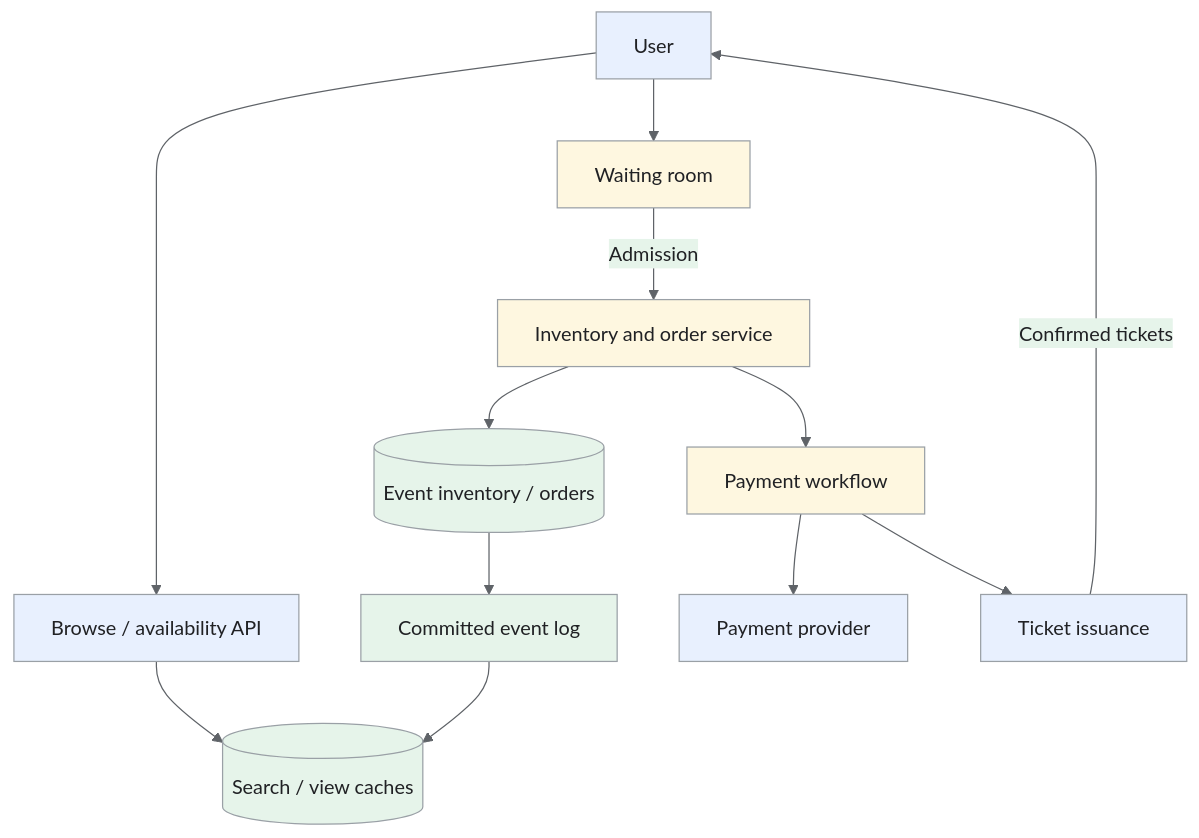
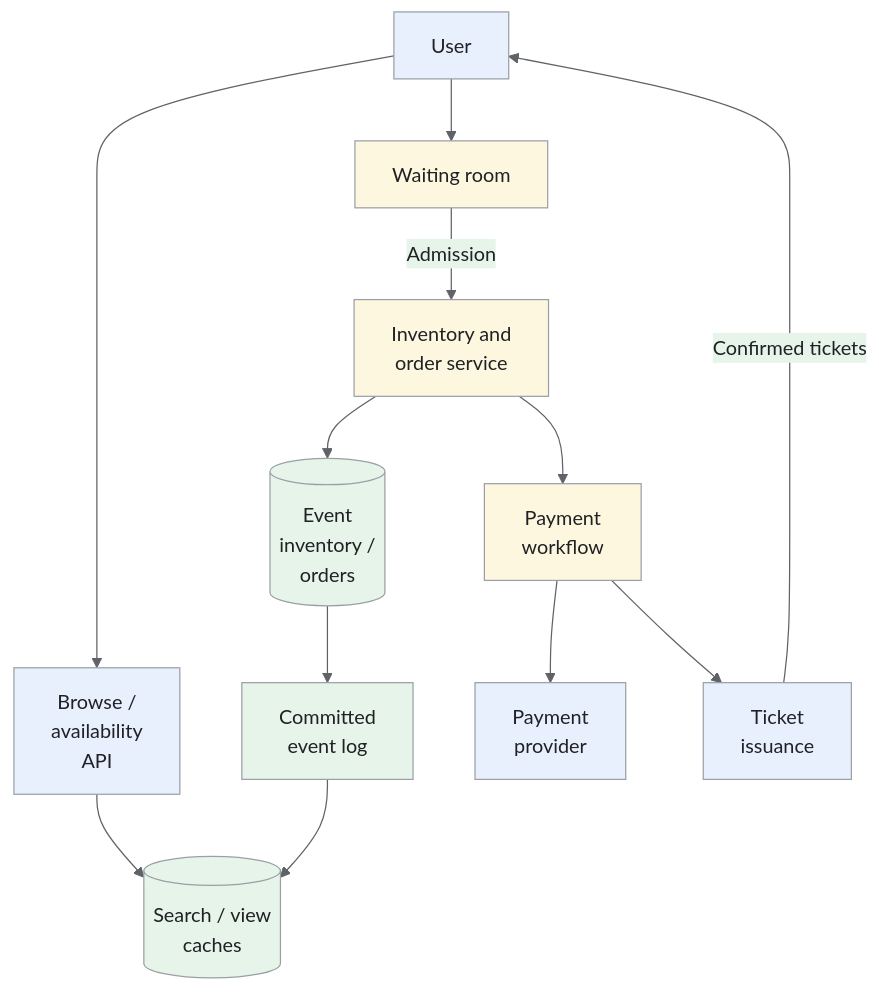
One commit to iliazlobin/iliazlobin.github.io changed the first of 5 diagrams in _designs/system-design-ticketmaster.md. Above: the diagram before and after it, drawn with Mermaid. The commit also changed other lines of this file and 116 other files, not shown here.

````diff
--- a/_designs/system-design-ticketmaster.md
+++ b/_designs/system-design-ticketmaster.md
@@ -169,22 +169,22 @@
 ```mermaid
-%%{init: {'theme':'base','themeVariables':{'primaryColor':'#e8f0fe','primaryTextColor':'#202124','primaryBorderColor':'#9aa0a6','lineColor':'#5f6368','secondaryColor':'#e6f4ea','tertiaryColor':'#fef7e0','actorBkg':'#e8f0fe','actorBorder':'#9aa0a6','actorTextColor':'#202124','noteBkgColor':'#fef7e0','noteTextColor':'#202124','noteBorderColor':'#9aa0a6','signalColor':'#5f6368','signalTextColor':'#202124','labelBoxBkgColor':'#fef7e0','labelBoxBorderColor':'#9aa0a6'}}}%%
+%%{init: {"theme":"base","themeVariables":{"primaryColor":"#e8f0fe","primaryBorderColor":"#9aa0a6","primaryTextColor":"#202124","secondaryColor":"#e6f4ea","tertiaryColor":"#fef7e0","lineColor":"#5f6368","actorBkg":"#e8f0fe","actorBorder":"#9aa0a6","actorTextColor":"#202124","noteBkgColor":"#fef7e0","noteBorderColor":"#9aa0a6","noteTextColor":"#202124","signalColor":"#5f6368","signalTextColor":"#202124"}}}%%
 flowchart TB
-  U[User] --> B[Browse / availability API]
+  U[User] --> B["Browse /<br>availability<br>API"]
   U --> W[Waiting room]
-  B --> C[(Search / view caches)]
-  W -->|Admission| I[Inventory and order service]
-  I --> DB[(Event inventory / orders)]
-  DB --> Q[Committed event log]
+  B --> C[("Search / view<br>caches")]
+  W -->|Admission| I["Inventory and<br>order service"]
+  I --> DB[("Event<br>inventory /<br>orders")]
+  DB --> Q["Committed<br>event log"]
   Q --> C
-  I --> P[Payment workflow]
-  P --> X[Payment provider]
-  P --> T[Ticket issuance]
+  I --> P["Payment<br>workflow"]
+  P --> X["Payment<br>provider"]
+  P --> T["Ticket<br>issuance"]
   T -->|Confirmed tickets| U
 classDef request fill:#e8f0fe,stroke:#9aa0a6,color:#202124;
 classDef data fill:#e6f4ea,stroke:#9aa0a6,color:#202124;
 classDef control fill:#fef7e0,stroke:#9aa0a6,color:#202124;
 class U,B,X,T request;
 class C,DB,Q data;
 class W,I,P control;
 
 ```
````
